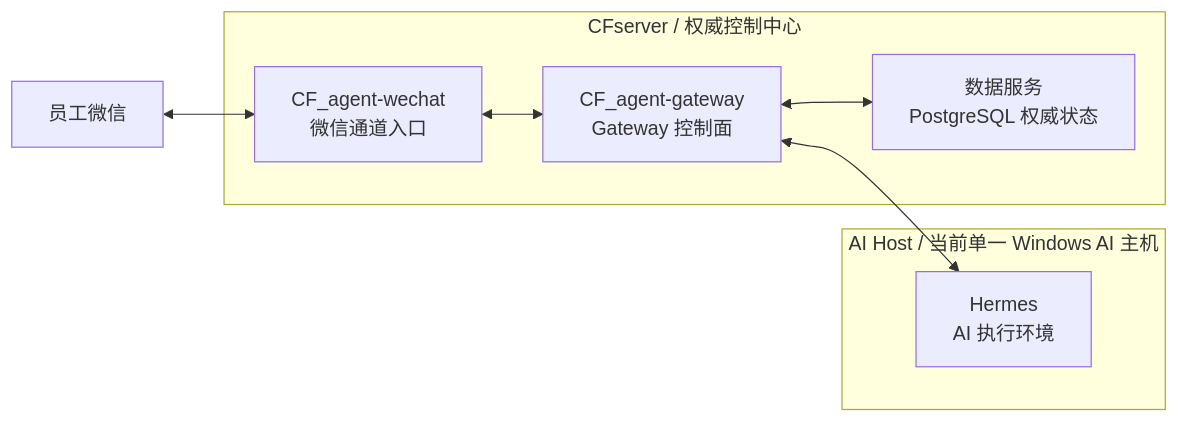
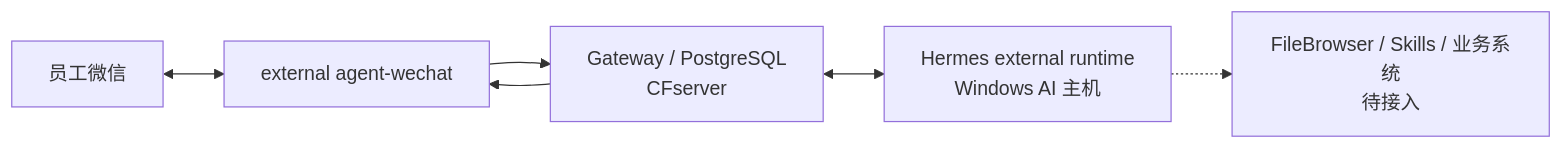
One commit to Tangbohu09527/CF_ecommerce-automation-docs changed the diagram in docs/deployment/production-topology.md. Above: the diagram before and after it, drawn with Mermaid. The commit also changed other lines of this file and 27 other files, not shown here.

````diff
--- a/docs/deployment/production-topology.md
+++ b/docs/deployment/production-topology.md
@@ -18,19 +7,8 @@
 ```mermaid
 flowchart LR
-    U["员工微信"]
-
-    subgraph CFS["CFserver / 权威控制中心"]
-        AW["CF_agent-wechat<br/>微信通道入口"]
-        GW["CF_agent-gateway<br/>Gateway 控制面"]
-        DS["数据服务<br/>PostgreSQL 权威状态"]
-        AW <--> GW
-        GW <--> DS
-    end
-
-    subgraph AI["AI Host / 当前单一 Windows AI 主机"]
-        H["Hermes<br/>AI 执行环境"]
-    end
-
-    U <--> AW
-    GW <--> H
+    WX["员工微信"] <--> AW["external agent-wechat"]
+    AW --> GW["Gateway / PostgreSQL<br/>CFserver"]
+    GW <--> H["Hermes external runtime<br/>Windows AI 主机"]
+    GW --> AW
+    H -.-> FB["FileBrowser / Skills / 业务系统<br/>待接入"]
 ```
````
